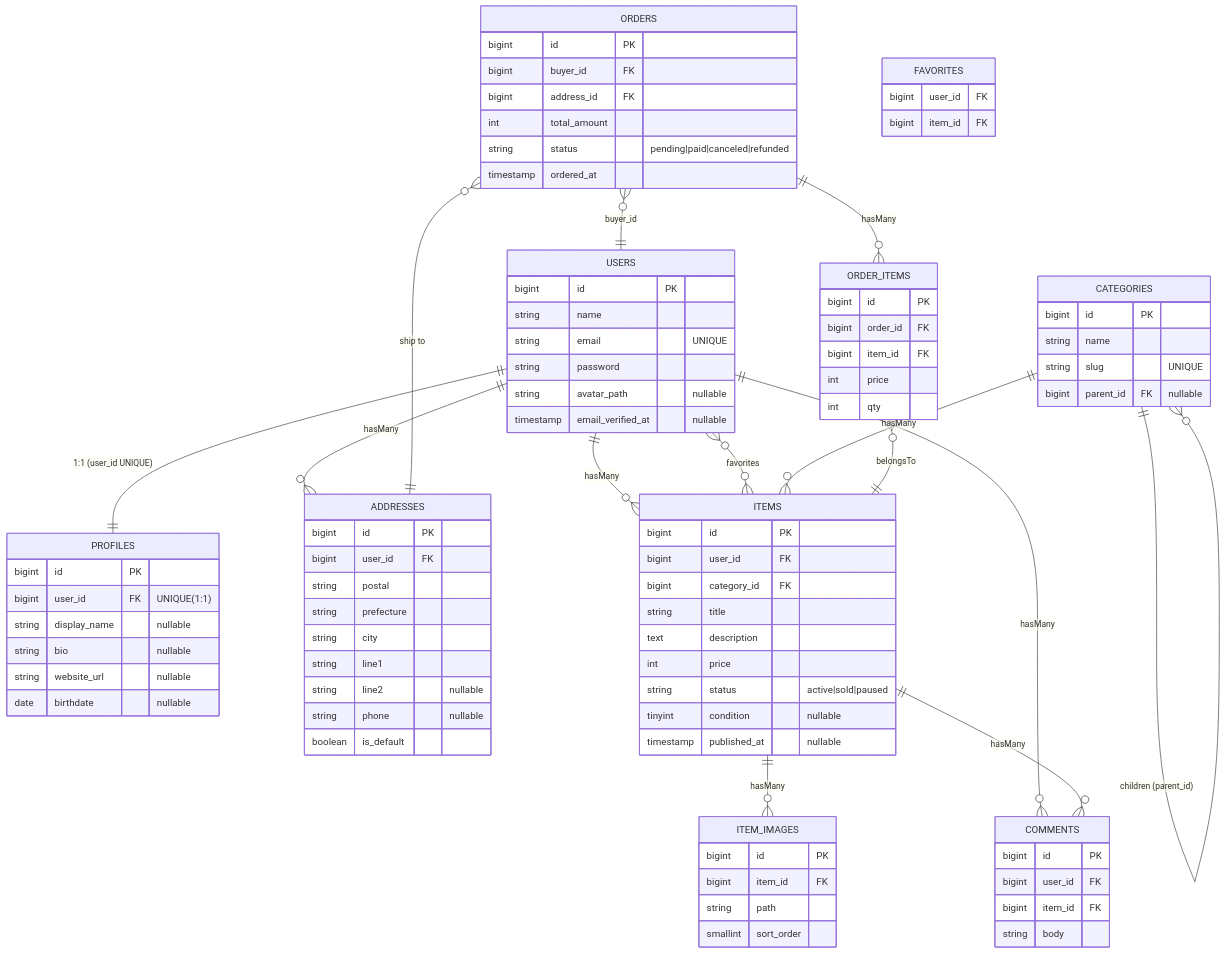
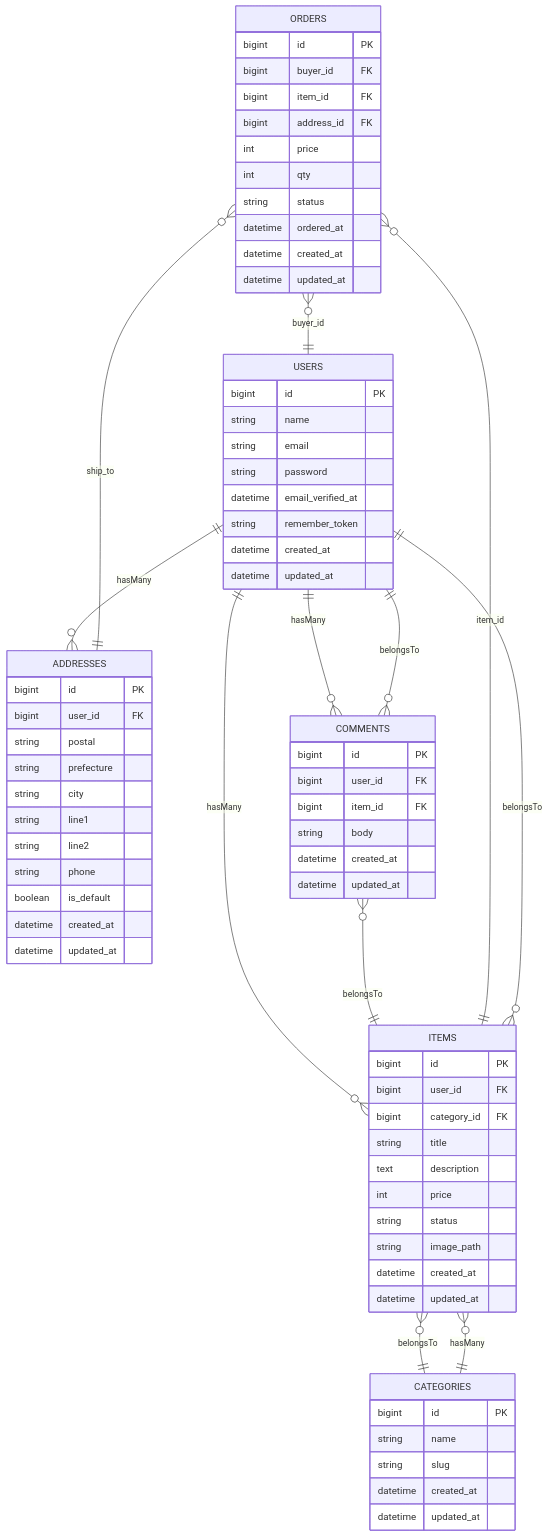
The diagram in docs/er.mmd (s-aino/ShinyaAino-kadai_FreeMarket), drawn with Mermaid before and after one commit. The commit also changed 16 other files, not shown here.

```diff
--- a/docs/er.mmd
+++ b/docs/er.mmd
@@ -1,101 +1,69 @@
 erDiagram
-  USERS ||--|| PROFILES : "1:1 (user_id UNIQUE)"
+  %% UNIQUE: users.email, categories.slug
+  USERS { bigint id PK
+          string name
+          string email
+          string password
+          datetime email_verified_at
+          string remember_token
+          datetime created_at
+          datetime updated_at }
+
+  CATEGORIES { bigint id PK
+               string name
+               string slug
+               datetime created_at
+               datetime updated_at }
+
+  ITEMS { bigint id PK
+          bigint user_id FK
+          bigint category_id FK
+          string title
+          text description
+          int price
+          string status
+          string image_path
+          datetime created_at
+          datetime updated_at }
+
+  ADDRESSES { bigint id PK
+              bigint user_id FK
+              string postal
+              string prefecture
+              string city
+              string line1
+              string line2
+              string phone
+              boolean is_default
+              datetime created_at
+              datetime updated_at }
+
+  ORDERS { bigint id PK
+           bigint buyer_id FK
+           bigint item_id FK
+           bigint address_id FK
+           int price
+           int qty
+           string status
+           datetime ordered_at
+           datetime created_at
+           datetime updated_at }
+
+  COMMENTS { bigint id PK
+             bigint user_id FK
+             bigint item_id FK
+             string body
+             datetime created_at
+             datetime updated_at }
+
+  USERS ||--o{ ITEMS : hasMany
   USERS ||--o{ ADDRESSES : hasMany
-  USERS ||--o{ ITEMS : hasMany
   USERS ||--o{ COMMENTS : hasMany
-  USERS }o--o{ ITEMS : "favorites"
-
-  ITEMS ||--o{ ITEM_IMAGES : hasMany
-  ITEMS ||--o{ COMMENTS : hasMany
   CATEGORIES ||--o{ ITEMS : hasMany
-  CATEGORIES ||--o{ CATEGORIES : "children (parent_id)"
-
-  ORDERS }o--|| USERS : "buyer_id"
-  ORDERS }o--|| ADDRESSES : "ship to"
-  ORDERS ||--o{ ORDER_ITEMS : hasMany
-  ORDER_ITEMS }o--|| ITEMS : belongsTo
-
-  USERS {
-    bigint   id PK
-    string   name
-    string   email        "UNIQUE"
-    string   password
-    string   avatar_path  "nullable"
-    timestamp email_verified_at "nullable"
-  }
-
-  PROFILES {
-    bigint id PK
-    bigint user_id FK  "UNIQUE(1:1)"
-    string display_name "nullable"
-    string bio          "nullable"
-    string website_url  "nullable"
-    date   birthdate    "nullable"
-  }
-
-  CATEGORIES {
-    bigint id PK
-    string name
-    string slug "UNIQUE"
-    bigint parent_id FK "nullable"
-  }
-
-  ITEMS {
-    bigint id PK
-    bigint user_id FK
-    bigint category_id FK
-    string title
-    text   description
-    int    price
-    string status        "active|sold|paused"
-    tinyint condition    "nullable"
-    timestamp published_at "nullable"
-  }
-
-  ITEM_IMAGES {
-    bigint id PK
-    bigint item_id FK
-    string path
-    smallint sort_order
-  }
-
-  FAVORITES {
-    bigint user_id FK
-    bigint item_id FK
-  }
-
-  ORDERS {
-    bigint id PK
-    bigint buyer_id FK
-    bigint address_id FK
-    int    total_amount
-    string status        "pending|paid|canceled|refunded"
-    timestamp ordered_at
-  }
-
-  ORDER_ITEMS {
-    bigint id PK
-    bigint order_id FK
-    bigint item_id FK
-    int    price
-    int    qty
-  }
-
-  ADDRESSES {
-    bigint id PK
-    bigint user_id FK
-    string postal
-    string prefecture
-    string city
-    string line1
-    string line2  "nullable"
-    string phone  "nullable"
-    boolean is_default
-  }
-
-  COMMENTS {
-    bigint id PK
-    bigint user_id FK
-    bigint item_id FK
-    string body
-  }
+  ITEMS }o--|| USERS : belongsTo
+  ITEMS }o--|| CATEGORIES : belongsTo
+  COMMENTS }o--|| USERS : belongsTo
+  COMMENTS }o--|| ITEMS : belongsTo
+  ORDERS }o--|| USERS : buyer_id
+  ORDERS }o--|| ITEMS : item_id
+  ORDERS }o--|| ADDRESSES : ship_to
```
